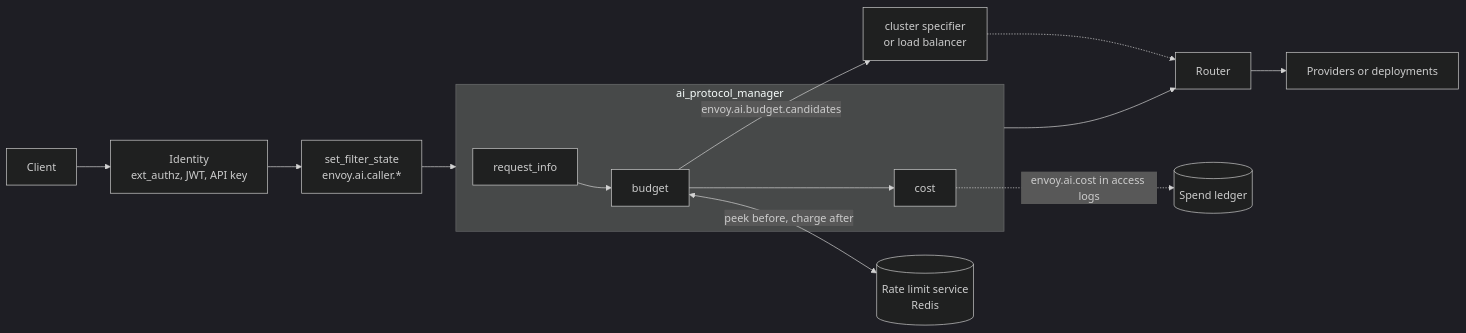
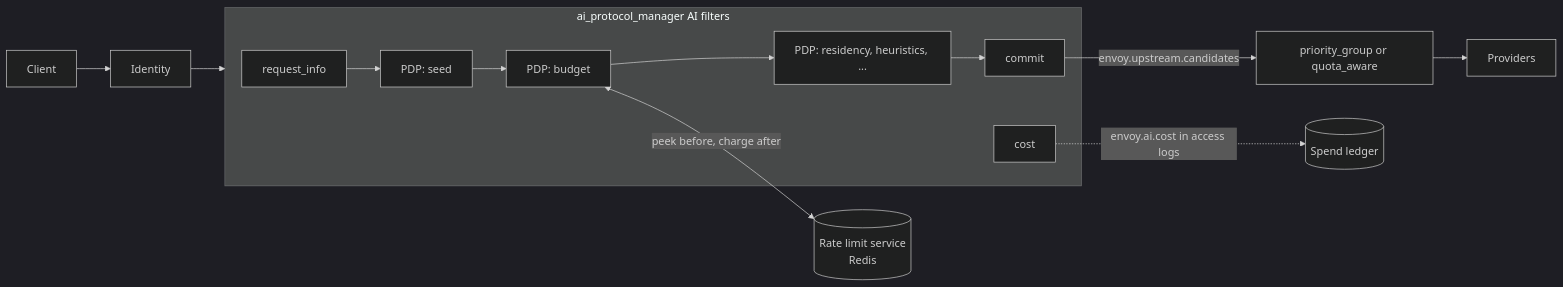
One commit to botengyao/envoy changed the first of 3 diagrams in source/docs/ai_budget_routing.md. Above: the diagram before and after it, drawn with Mermaid (dark theme). The commit also changed other lines of this file, not shown here.

Commit message:
ai_protocol_manager: share upstream candidates across policy filters

````diff
--- a/source/docs/ai_budget_routing.md
+++ b/source/docs/ai_budget_routing.md
@@ -60,14 +68,15 @@
 ```mermaid
 flowchart LR
-  C[Client] --> AU[Identity<br/>ext_authz, JWT, API key]
-  AU --> SF[set_filter_state<br/>envoy.ai.caller.*]
-  subgraph APM[ai_protocol_manager]
-    RI[request_info] --> B[budget] --> CO[cost]
+  C[Client] --> AU[Identity] --> APM
+  subgraph APM[ai_protocol_manager AI filters]
+    RI[request_info] --> P1[PDP: seed]
+    P1 --> P2[PDP: budget]
+    P2 --> P3[PDP: residency, heuristics, ...]
+    P3 --> CM[commit]
+    CO[cost]
   end
-  SF --> APM --> R[Router]
-  B -->|envoy.ai.budget.candidates| CS[cluster specifier<br/>or load balancer]
-  CS -.-> R
-  R --> P[Providers or deployments]
-  B <-->|peek before, charge after| RLS[(Rate limit service<br/>Redis)]
+  CM -->|envoy.upstream.candidates| RT[priority_group or quota_aware]
+  RT --> PR[Providers]
+  P2 <-->|peek before, charge after| RLS[(Rate limit service<br/>Redis)]
   CO -.->|envoy.ai.cost in access logs| L[(Spend ledger)]
 ```
````
